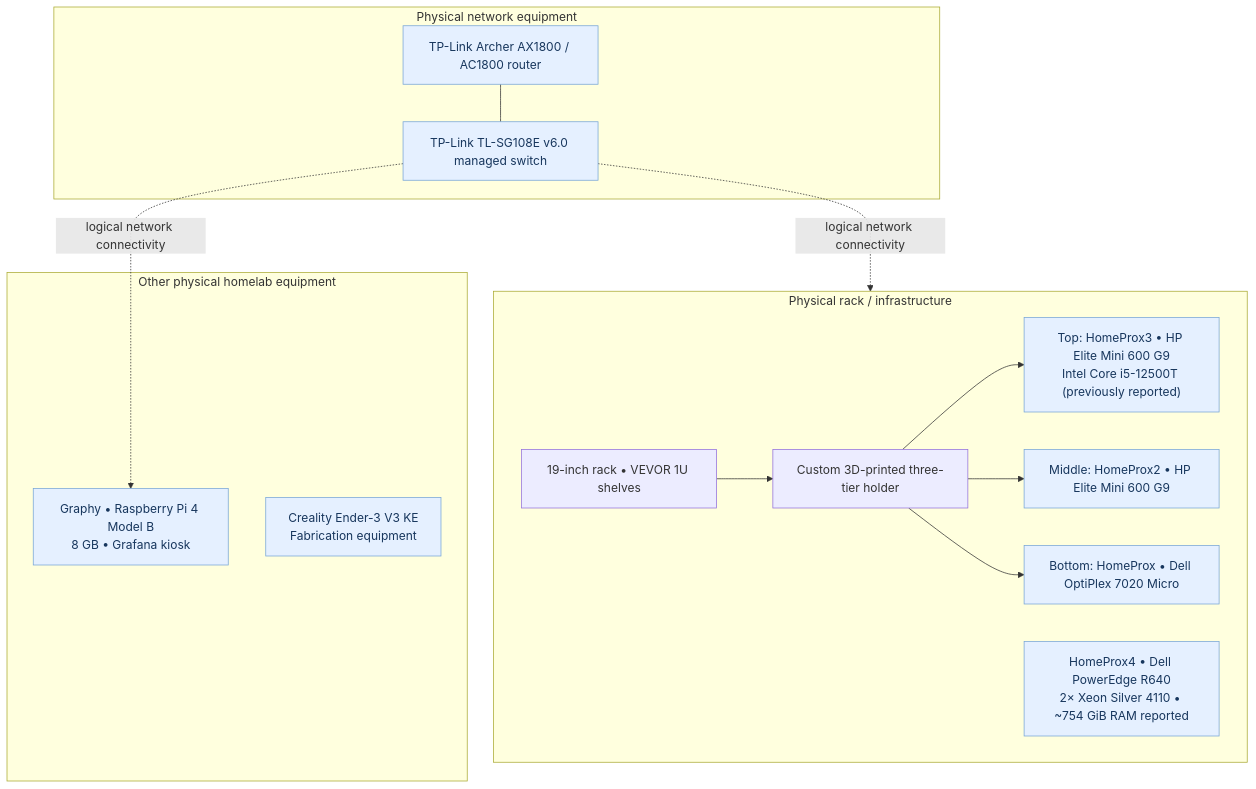
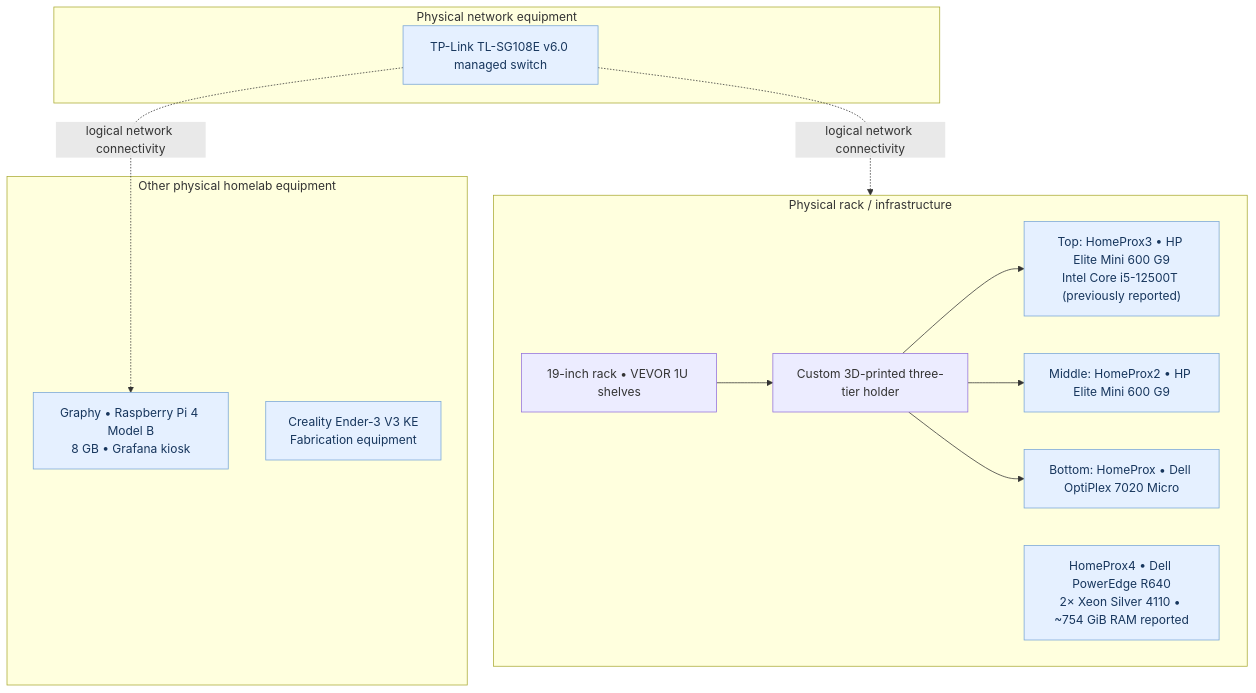
One commit to samuelkemp1619/HOMELAB-PORTFOLIO changed the second of 2 diagrams in network/diagrams/README.md. Above: the diagram before and after it, drawn with Mermaid. The commit also changed other lines of this file, not shown here.

Commit message:
Remove retired TP-Link Archer router from active hardware inventory

````diff
--- a/network/diagrams/README.md
+++ b/network/diagrams/README.md
@@ -54,28 +54,26 @@
 ```mermaid
 flowchart TB
     subgraph RACK["Physical rack / infrastructure"]
         SHELVES["19-inch rack • VEVOR 1U shelves"]
         HOLDER["Custom 3D-printed three-tier holder"]
         H3["Top: HomeProx3 • HP Elite Mini 600 G9<br/>Intel Core i5-12500T (previously reported)"]
         H2["Middle: HomeProx2 • HP Elite Mini 600 G9"]
         H1["Bottom: HomeProx • Dell OptiPlex 7020 Micro"]
         R640["HomeProx4 • Dell PowerEdge R640<br/>2× Xeon Silver 4110 • ~754 GiB RAM reported"]
         SHELVES --> HOLDER
         HOLDER --> H3
         HOLDER --> H2
         HOLDER --> H1
     end
     subgraph NETWORK_HW["Physical network equipment"]
-        ROUTER["TP-Link Archer AX1800 / AC1800 router"]
         SWITCH_HW["TP-Link TL-SG108E v6.0 managed switch"]
-        ROUTER --- SWITCH_HW
     end
     subgraph OTHER_HW["Other physical homelab equipment"]
         PI4["Graphy • Raspberry Pi 4 Model B<br/>8 GB • Grafana kiosk"]
         PRINTER["Creality Ender-3 V3 KE<br/>Fabrication equipment"]
     end
     SWITCH_HW -. "logical network connectivity" .-> RACK
     SWITCH_HW -. "logical network connectivity" .-> PI4
     classDef platform fill:#e5f0ff,color:#17365d,stroke:#77a5d6
-    class H1,H2,H3,R640,ROUTER,SWITCH_HW,PI4,PRINTER platform
+    class H1,H2,H3,R640,SWITCH_HW,PI4,PRINTER platform
 ```
````
